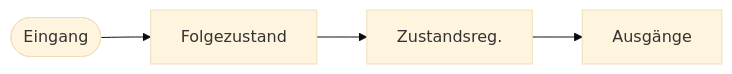
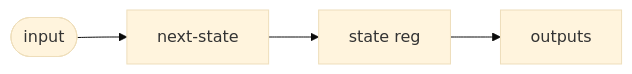
Before and after one commit to Kmila9s/Kmila: the first of 2 diagrams in Kmila.Shared/wwwroot/Learn/de/fsm/01-mealy-vs-moore.md, drawn with Mermaid (base theme). The commit also changed other lines of this file and 207 other files, not shown here.

````diff
--- a/Kmila.Shared/wwwroot/Learn/de/fsm/01-mealy-vs-moore.md
+++ b/Kmila.Shared/wwwroot/Learn/de/fsm/01-mealy-vs-moore.md
@@ -13,6 +13,6 @@
 ```mermaid
 flowchart LR
-    IN([Eingang]) --> NS["Folgezustand"]
-    NS --> SR["Zustandsreg."]
-    SR --> OUT["Ausgänge"]
+    IN([input]) --> NS["next-state"]
+    NS --> SR["state reg"]
+    SR --> OUT["outputs"]
 ```
````
